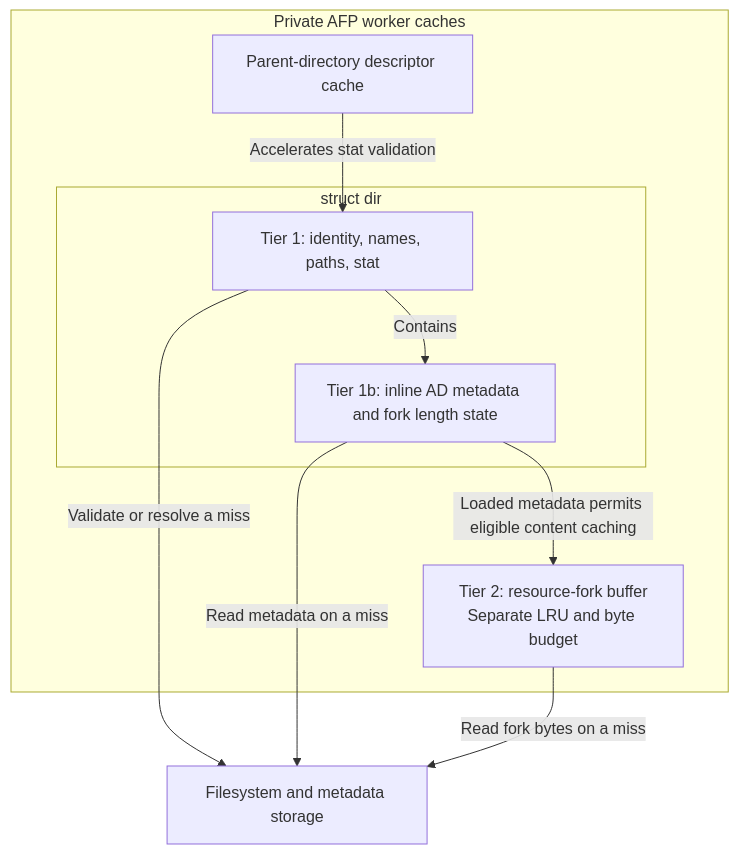
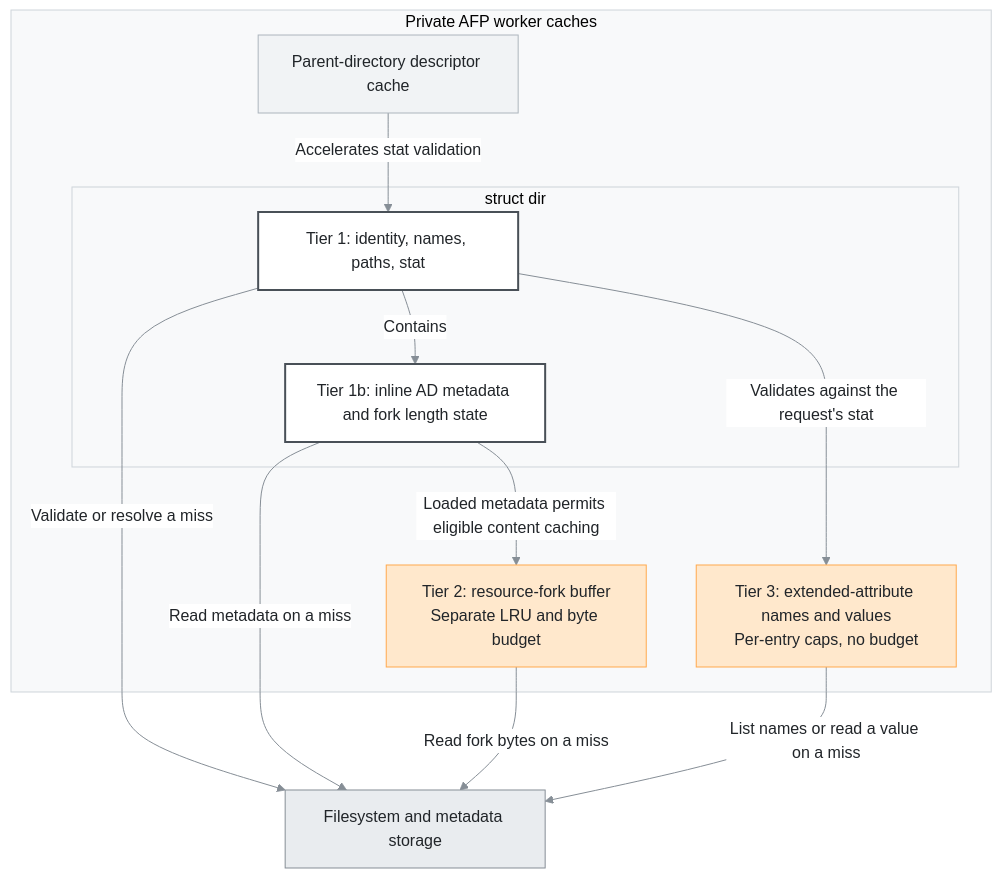
One commit to Netatalk/netatalk changed the first of 6 diagrams in doc/developer/caching.md. Above: the diagram before and after it, drawn with Mermaid. The commit also changed other lines of this file and 31 other files, not shown here.

````diff
--- a/doc/developer/caching.md
+++ b/doc/developer/caching.md
@@ -33,18 +72,26 @@
 ```mermaid
+%%{init: {"theme": "base", "themeVariables": {"fontFamily": "Inter, Segoe UI, Helvetica Neue, Arial, sans-serif", "fontSize": "16px", "primaryColor": "#ffffff", "primaryBorderColor": "#495057", "primaryTextColor": "#212529", "lineColor": "#868e96", "clusterBkg": "#f8f9fa", "clusterBorder": "#ced4da"}}}%%
 flowchart TB
     subgraph Worker[Private AFP worker caches]
         subgraph Entry["struct dir"]
-            Identity["Tier 1: identity, names, paths, stat"]
-            Metadata["Tier 1b: inline AD metadata and fork length state"]
+            Identity["Tier 1: identity, names, paths, stat"]:::entry
+            Metadata["Tier 1b: inline AD metadata and fork length state"]:::entry
         end
-        Fork["Tier 2: resource-fork buffer<br/>Separate LRU and byte budget"]
-        Parent["Parent-directory descriptor cache"]
+        Fork["Tier 2: resource-fork buffer<br/>Separate LRU and byte budget"]:::owned
+        Attrs["Tier 3: extended-attribute names and values<br/>Per-entry caps, no budget"]:::owned
+        Parent["Parent-directory descriptor cache"]:::sess
         Identity -->|Contains| Metadata
         Metadata -->|Loaded metadata permits eligible content caching| Fork
+        Identity -->|Validates against the request's stat| Attrs
         Parent -->|Accelerates stat validation| Identity
     end
-    Filesystem[Filesystem and metadata storage]
+    Filesystem[Filesystem and metadata storage]:::storage
     Identity -->|Validate or resolve a miss| Filesystem
     Metadata -->|Read metadata on a miss| Filesystem
     Fork -->|Read fork bytes on a miss| Filesystem
+    Attrs -->|List names or read a value on a miss| Filesystem
+    classDef entry fill:#ffffff,stroke:#495057,stroke-width:2px,color:#212529
+    classDef owned fill:#ffe8cc,stroke:#ffa94d,color:#212529
+    classDef sess fill:#f1f3f5,stroke:#adb5bd,color:#212529
+    classDef storage fill:#e9ecef,stroke:#868e96,color:#212529
 ```
````
